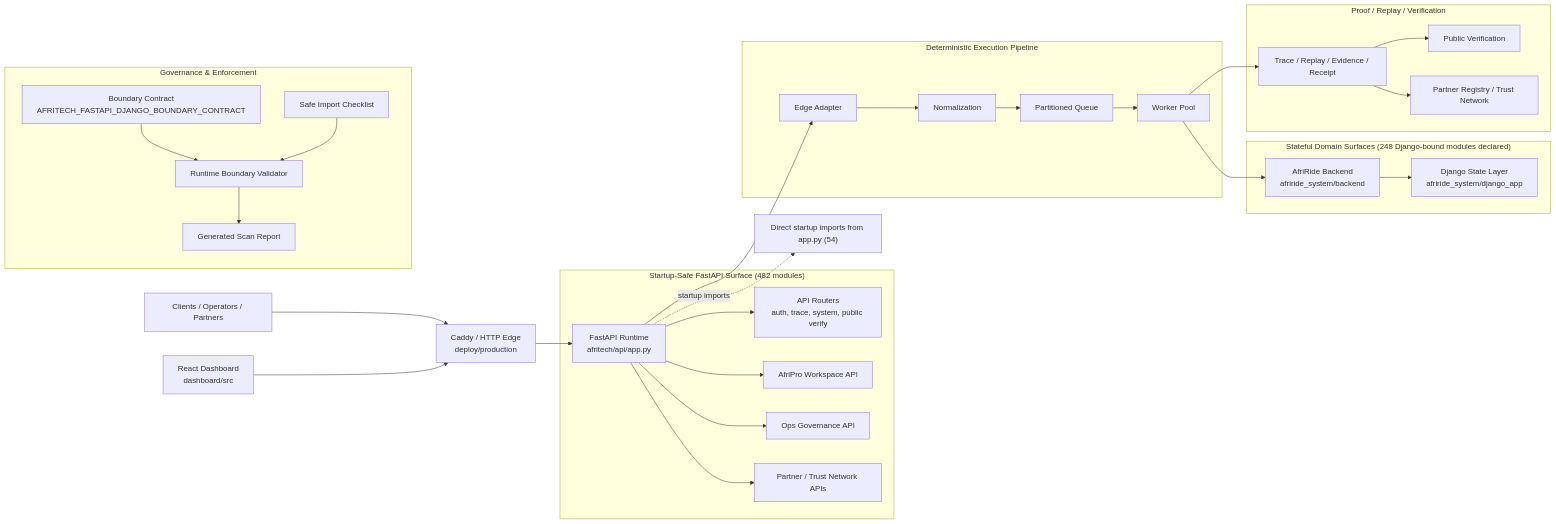
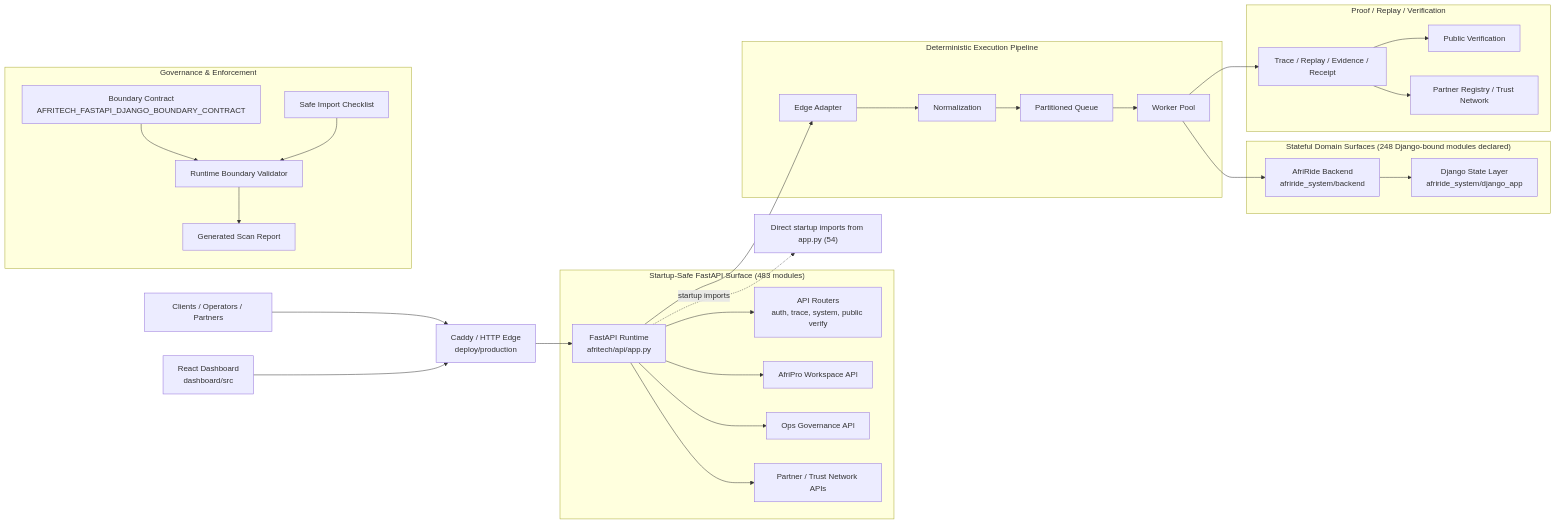
One commit to Strelly2023/afritelematics changed the first of 2 diagrams in docs/architecture/AFRITECH_FULL_ARCHITECTURE_GRAPH.md. Above: the diagram before and after it, drawn with Mermaid. The commit also changed other lines of this file and 28 other files, not shown here.

````diff
--- a/docs/architecture/AFRITECH_FULL_ARCHITECTURE_GRAPH.md
+++ b/docs/architecture/AFRITECH_FULL_ARCHITECTURE_GRAPH.md
@@ -22,39 +22,39 @@
 ```mermaid
 flowchart LR
     Client["Clients / Operators / Partners"] --> Edge["Caddy / HTTP Edge\ndeploy/production"]
     Dashboard["React Dashboard\ndashboard/src"] --> Edge
     Edge --> App["FastAPI Runtime\nafritech/api/app.py"]
 
-    subgraph FastAPI["Startup-Safe FastAPI Surface (482 modules)"]
+    subgraph FastAPI["Startup-Safe FastAPI Surface (483 modules)"]
         App --> Api["API Routers\nauth, trace, system, public verify"]
         App --> Workspace["AfriPro Workspace API"]
         App --> Governance["Ops Governance API"]
         App --> Trust["Partner / Trust Network APIs"]
     end
 
     subgraph Pipeline["Deterministic Execution Pipeline"]
         App --> Adapt["Edge Adapter"]
         Adapt --> Normalize["Normalization"]
         Normalize --> Queue["Partitioned Queue"]
         Queue --> Worker["Worker Pool"]
     end
 
     subgraph State["Stateful Domain Surfaces (248 Django-bound modules declared)"]
         Worker --> Domain["AfriRide Backend\nafriride_system/backend"]
         Domain --> Django["Django State Layer\nafriride_system/django_app"]
     end
 
     subgraph Proof["Proof / Replay / Verification"]
         Worker --> Trace["Trace / Replay / Evidence / Receipt"]
         Trace --> Public["Public Verification"]
         Trace --> Registry["Partner Registry / Trust Network"]
     end
 
     subgraph GovernancePlane["Governance & Enforcement"]
         Contract["Boundary Contract\nAFRITECH_FASTAPI_DJANGO_BOUNDARY_CONTRACT"] --> Validator["Runtime Boundary Validator"]
         Checklist["Safe Import Checklist"] --> Validator
         Validator --> Review["Generated Scan Report"]
     end
 
     App -. startup imports .-> Imports["Direct startup imports from app.py (54)"]
 ```
````
